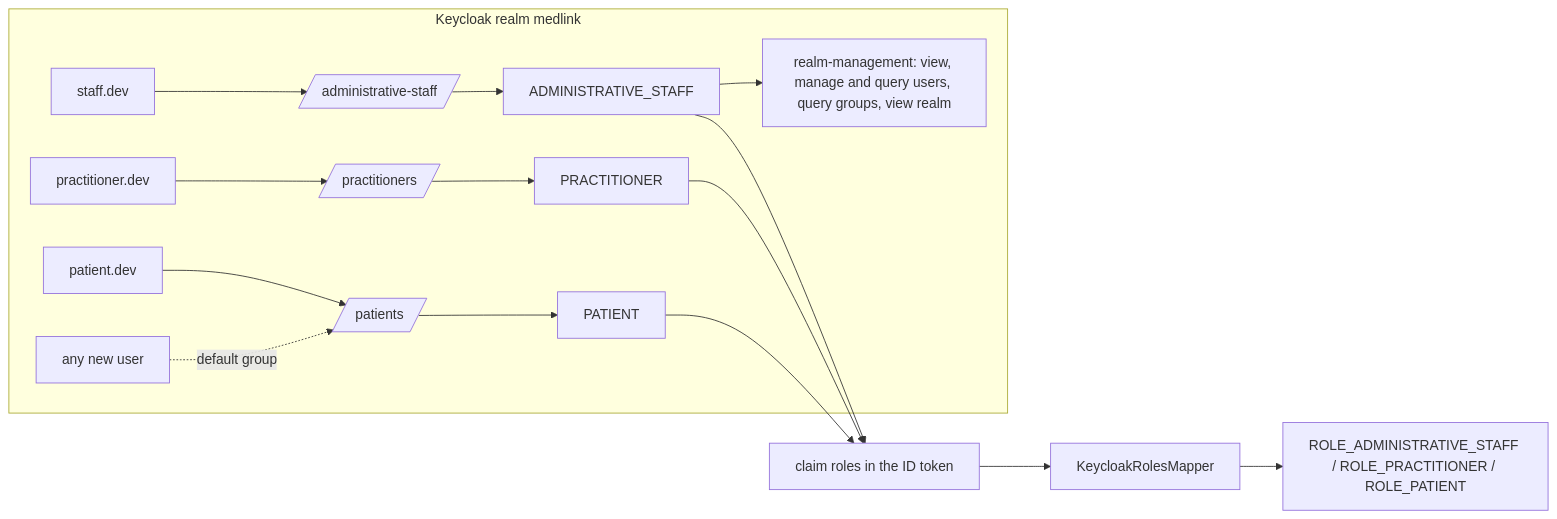
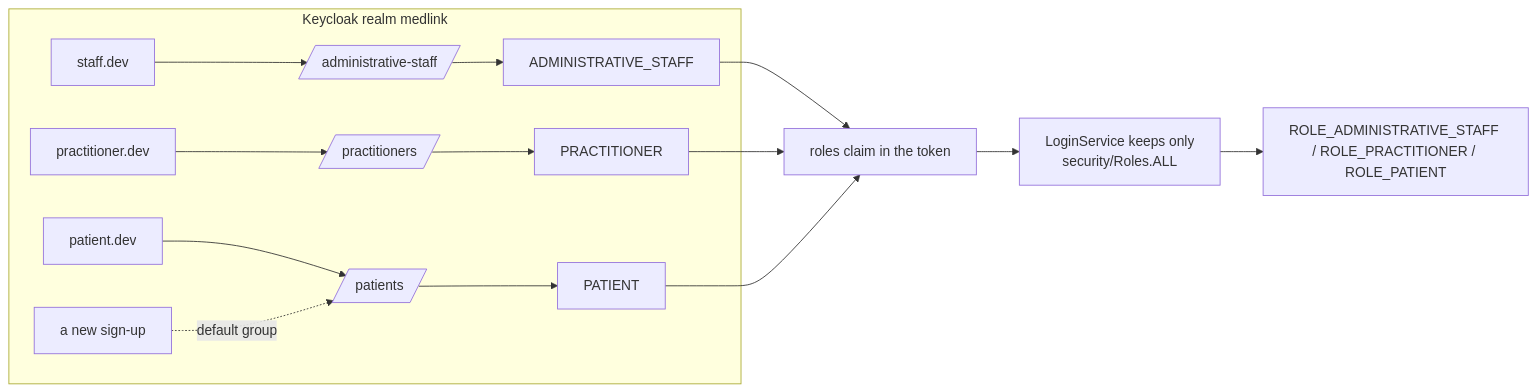
One commit to assali-mohamed-ali/api-MedLink changed the third of 5 diagrams in docs/ARCHITECTURE.md. Above: the diagram before and after it, drawn with Mermaid. The commit also changed other lines of this file and 2 other files, not shown here.

First line of the commit message:
docs: architecture and threat model match the password-grant BFF

````diff
--- a/docs/ARCHITECTURE.md
+++ b/docs/ARCHITECTURE.md
@@ -111,15 +109,14 @@
 ```mermaid
 flowchart LR
   subgraph KC[Keycloak realm medlink]
     UA[staff.dev] --> GA[/administrative-staff/]
     UD[practitioner.dev] --> GD[/practitioners/]
     UP[patient.dev] --> GP[/patients/]
-    NEW[any new user] -. default group .-> GP
+    NEW[a new sign-up] -. default group .-> GP
     GA --> RA[ADMINISTRATIVE_STAFF]
     GD --> RD[PRACTITIONER]
     GP --> RP[PATIENT]
-    RA --> RM["realm-management: view, manage and query users, query groups, view realm"]
   end
-  RA & RD & RP --> C[claim roles in the ID token]
-  C --> M[KeycloakRolesMapper] --> S[ROLE_ADMINISTRATIVE_STAFF / ROLE_PRACTITIONER / ROLE_PATIENT]
+  RA & RD & RP --> C[roles claim in the token]
+  C --> F["LoginService keeps only<br/>security/Roles.ALL"] --> S[ROLE_ADMINISTRATIVE_STAFF / ROLE_PRACTITIONER / ROLE_PATIENT]
 ```
````
